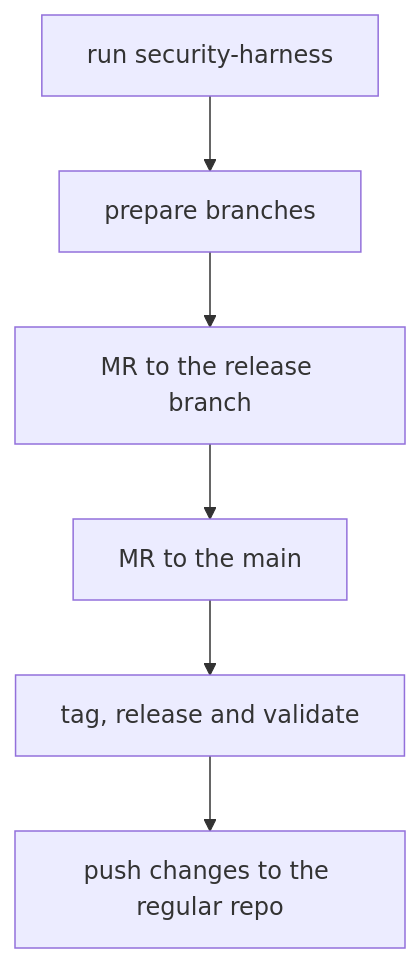
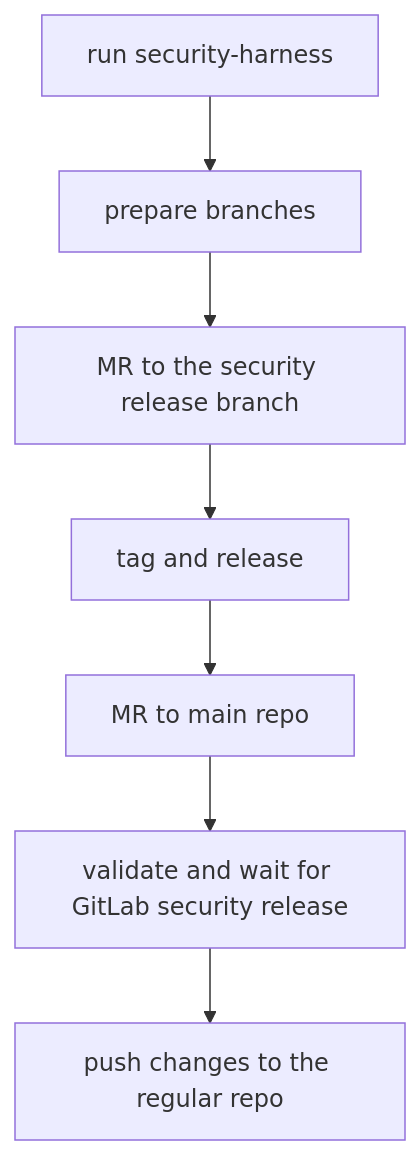
Before and after one commit to tranphucbol/review-for-gitlab: the diagram in docs/developer/security-releases.md, drawn with Mermaid. The commit also changed other lines of this file, not shown here.

Commit message:
docs: simplify security release process

````diff
--- a/docs/developer/security-releases.md
+++ b/docs/developer/security-releases.md
@@ -27,8 +27,9 @@
 ```mermaid
 graph TD;
 A[run security-harness] --> B[prepare branches]
-B --> C[MR to the release branch]
-C --> D[MR to the main]
-D --> E[tag, release and validate]
-E --> F[push changes to the regular repo]
+B --> C[MR to the security release branch]
+C --> D[tag and release]
+D --> E[MR to main repo]
+E --> F[validate and wait for GitLab security release]
+F --> G[push changes to the regular repo]
 ```
````
